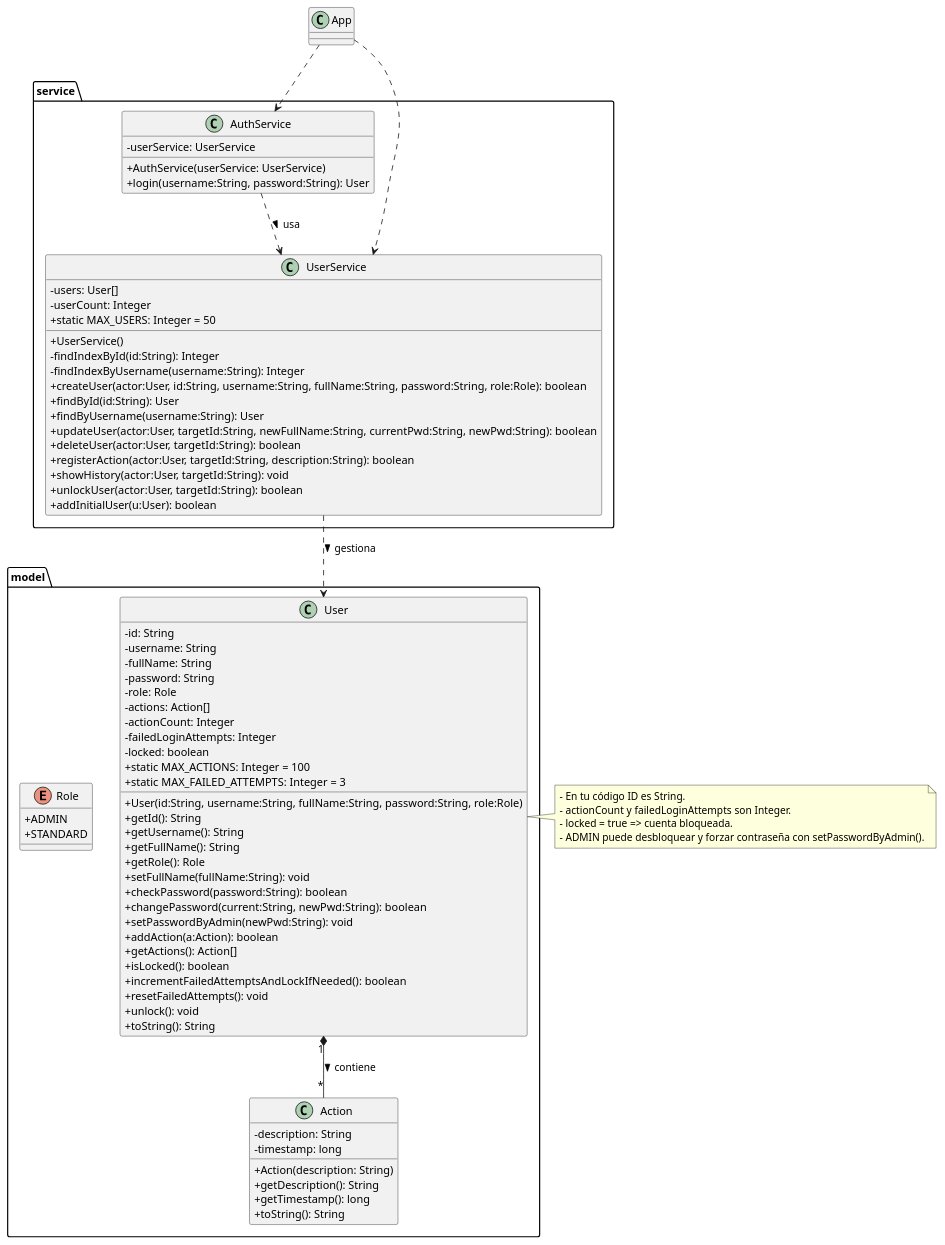
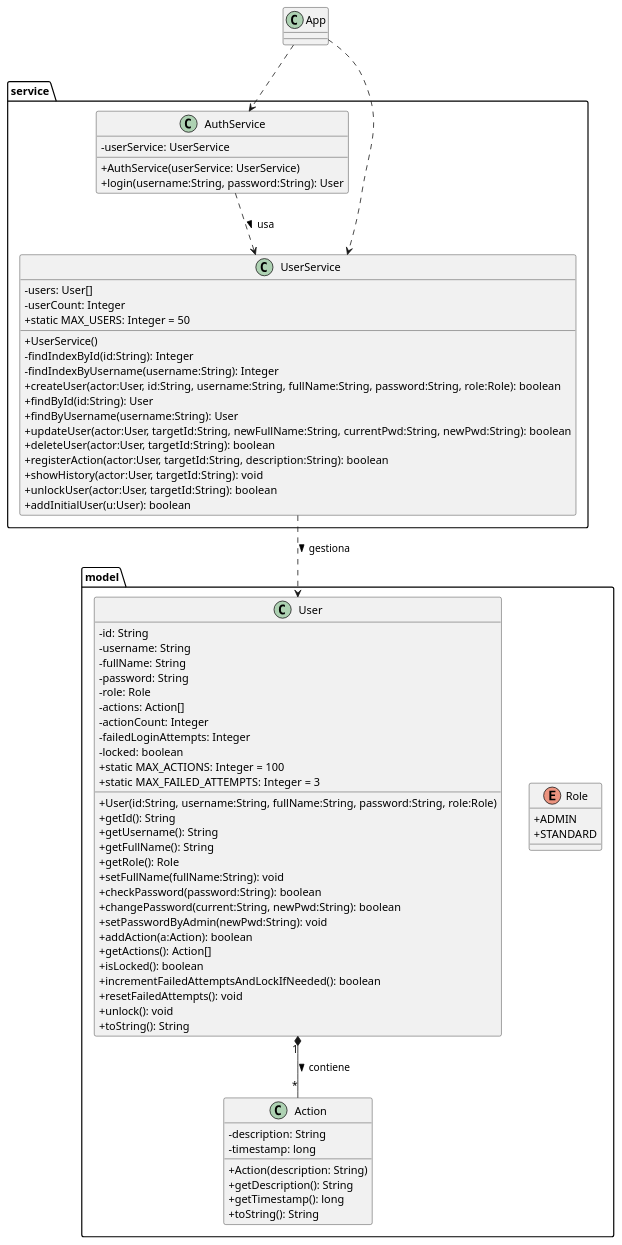
The diagram in Uml/GestionClientes.plantuml (AXELR17/Curso-Java---Proyecto-2), drawn with PlantUML before and after one commit. The commit also changed other lines of this file, not shown here.

```diff
--- a/Uml/GestionClientes.plantuml
+++ b/Uml/GestionClientes.plantuml
@@ -2,91 +2,85 @@
 @startuml GestionClientes
 skinparam classAttributeIconSize 0
 
 package model {
     enum Role {
         + ADMIN
         + STANDARD
     }
 
     class Action {
         - description: String
         - timestamp: long
         + Action(description: String)
         + getDescription(): String
         + getTimestamp(): long
         + toString(): String
     }
 
     class User {
         - id: String
         - username: String
         - fullName: String
         - password: String
         - role: Role
         - actions: Action[]
         - actionCount: Integer
         - failedLoginAttempts: Integer
         - locked: boolean
         + static MAX_ACTIONS: Integer = 100
         + static MAX_FAILED_ATTEMPTS: Integer = 3
         + User(id:String, username:String, fullName:String, password:String, role:Role)
         + getId(): String
         + getUsername(): String
         + getFullName(): String
         + getRole(): Role
         + setFullName(fullName:String): void
         + checkPassword(password:String): boolean
         + changePassword(current:String, newPwd:String): boolean
         + setPasswordByAdmin(newPwd:String): void
         + addAction(a:Action): boolean
         + getActions(): Action[]
         + isLocked(): boolean
         + incrementFailedAttemptsAndLockIfNeeded(): boolean
         + resetFailedAttempts(): void
         + unlock(): void
         + toString(): String
     }
 }
 
 package service {
     class UserService {
         - users: User[]
         - userCount: Integer
         + static MAX_USERS: Integer = 50
         + UserService()
         - findIndexById(id:String): Integer
         - findIndexByUsername(username:String): Integer
         + createUser(actor:User, id:String, username:String, fullName:String, password:String, role:Role): boolean
         + findById(id:String): User
         + findByUsername(username:String): User
         + updateUser(actor:User, targetId:String, newFullName:String, currentPwd:String, newPwd:String): boolean
         + deleteUser(actor:User, targetId:String): boolean
         + registerAction(actor:User, targetId:String, description:String): boolean
         + showHistory(actor:User, targetId:String): void
         + unlockUser(actor:User, targetId:String): boolean
         + addInitialUser(u:User): boolean
     }
 
     class AuthService {
         - userService: UserService
         + AuthService(userService: UserService)
         + login(username:String, password:String): User
     }
 }
 
 
 ' Relaciones
 User "1" *-- "*" Action : contiene >
 UserService ..> User : gestiona >
 AuthService ..> UserService : usa >
 App ..> AuthService
 App ..> UserService
 
-note right of User
-  - En tu código ID es String.
-  - actionCount y failedLoginAttempts son Integer.
-  - locked = true => cuenta bloqueada.
-  - ADMIN puede desbloquear y forzar contraseña con setPasswordByAdmin().
-end note
 
 @enduml
```
